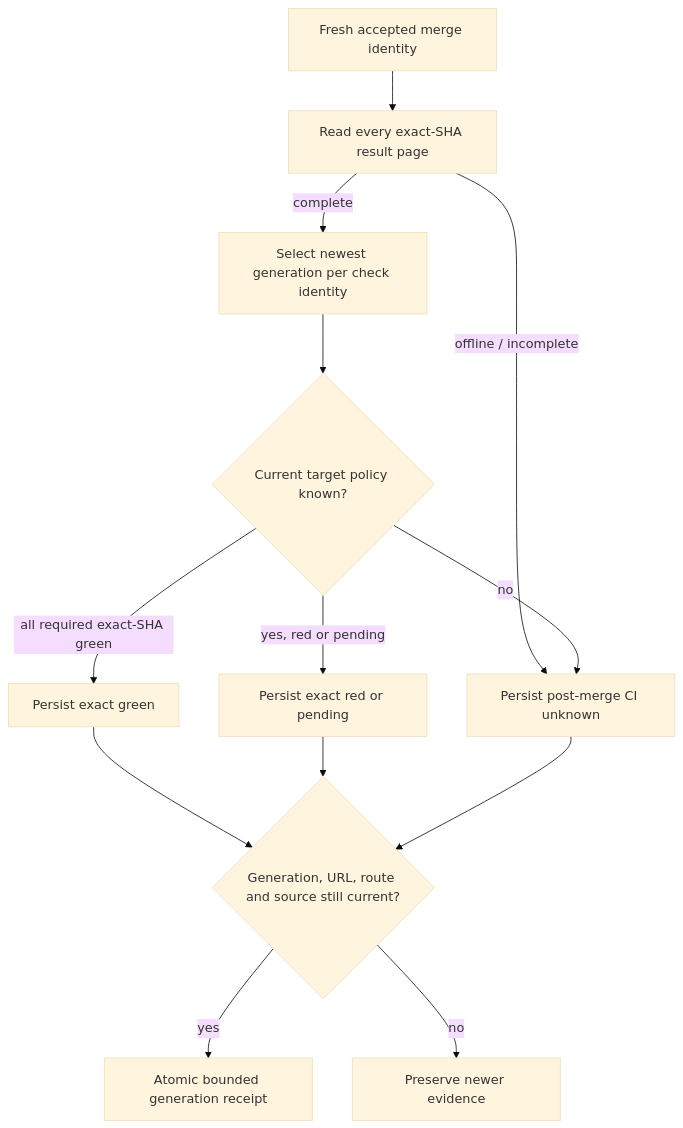
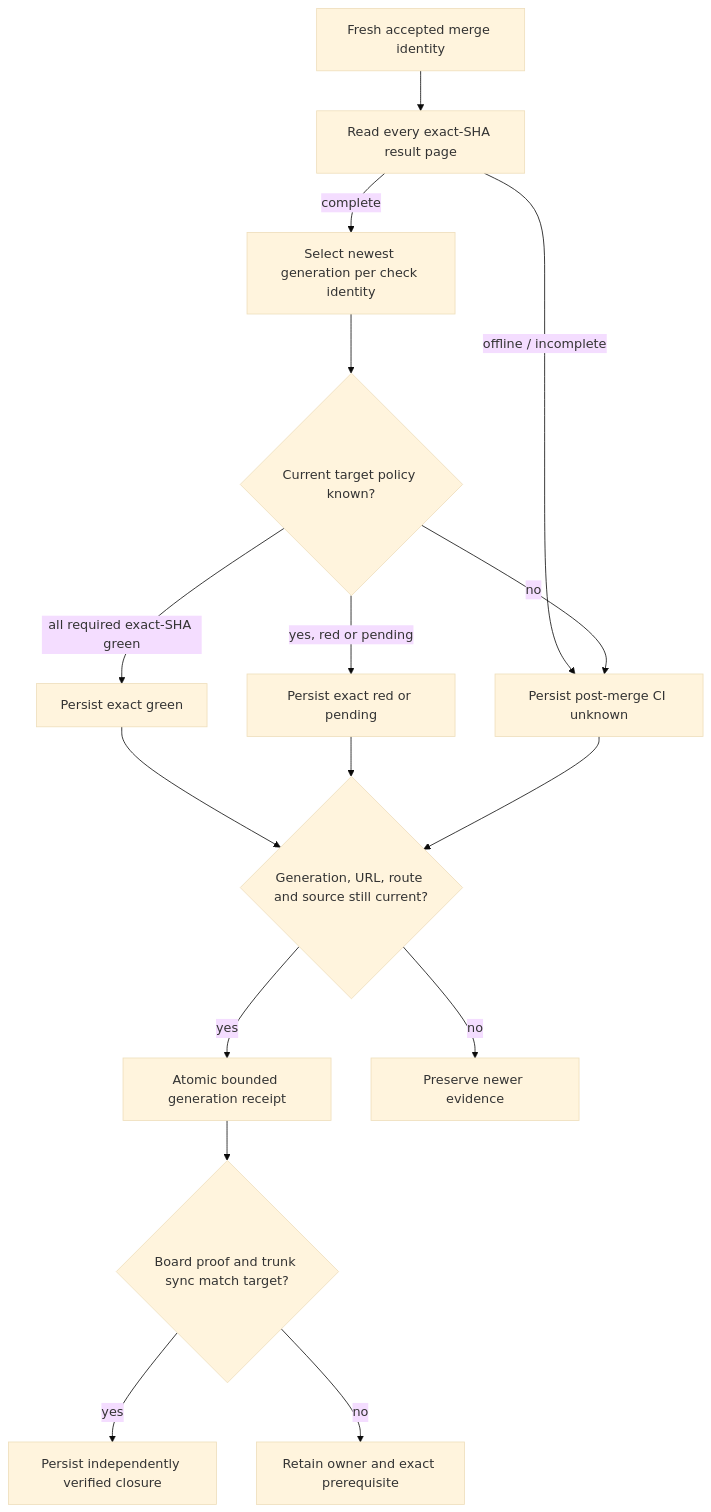
Before and after one commit to vincentc-b/CascadeCode: the seventh of 8 diagrams in cascade/DESIGN.md, drawn with Mermaid (base theme). The commit also changed other lines of this file and 15 other files, not shown here.

First line of the commit message:
task/task_054_003_003: Gate verified closure and route actionable post-merge repair

````diff
--- a/cascade/DESIGN.md
+++ b/cascade/DESIGN.md
@@ -618,15 +631,18 @@
 ```mermaid
 flowchart TD
     Accepted[Fresh accepted merge identity] --> Pages[Read every exact-SHA result page]
     Pages -->|complete| Latest[Select newest generation per check identity]
     Pages -->|offline / incomplete| Unknown[Persist post-merge CI unknown]
     Latest --> Policy{Current target policy known?}
     Policy -->|no| Unknown
     Policy -->|yes, red or pending| NonGreen[Persist exact red or pending]
     Policy -->|all required exact-SHA green| Green[Persist exact green]
     Green --> Fence{Generation, URL, route and source still current?}
     NonGreen --> Fence
     Unknown --> Fence
     Fence -->|yes| Registry[Atomic bounded generation receipt]
     Fence -->|no| Preserve[Preserve newer evidence]
+    Registry --> Closeout{Board proof and trunk sync match target?}
+    Closeout -->|yes| Verified[Persist independently verified closure]
+    Closeout -->|no| Actionable[Retain owner and exact prerequisite]
 ```
````
